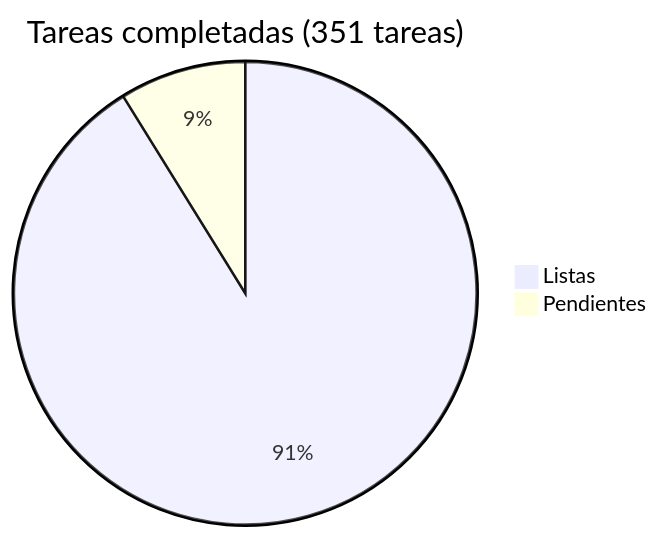
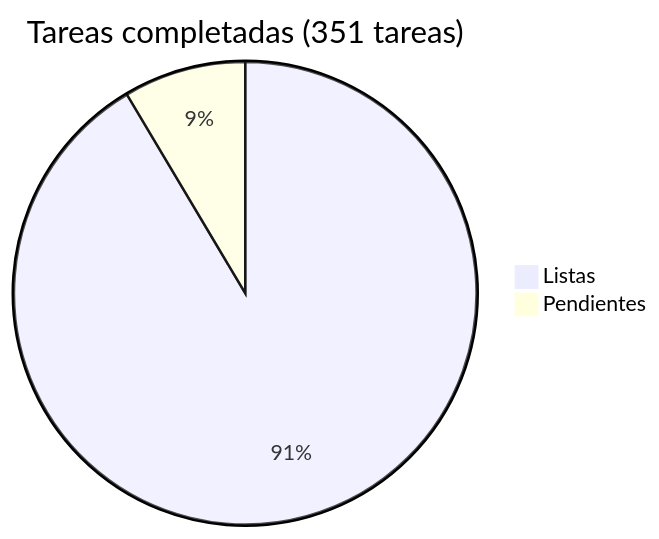
The diagram in docs/roadmap/README.md (araguaney-lat/araguaney), drawn with Mermaid before and after one commit. The commit also changed other lines of this file and 10 other files, not shown here.

````diff
--- a/docs/roadmap/README.md
+++ b/docs/roadmap/README.md
@@ -5,5 +5,5 @@
 ```mermaid
 pie title Tareas completadas (351 tareas)
-    "Listas" : 320
-    "Pendientes" : 31
+    "Listas" : 321
+    "Pendientes" : 30
 ```
````
